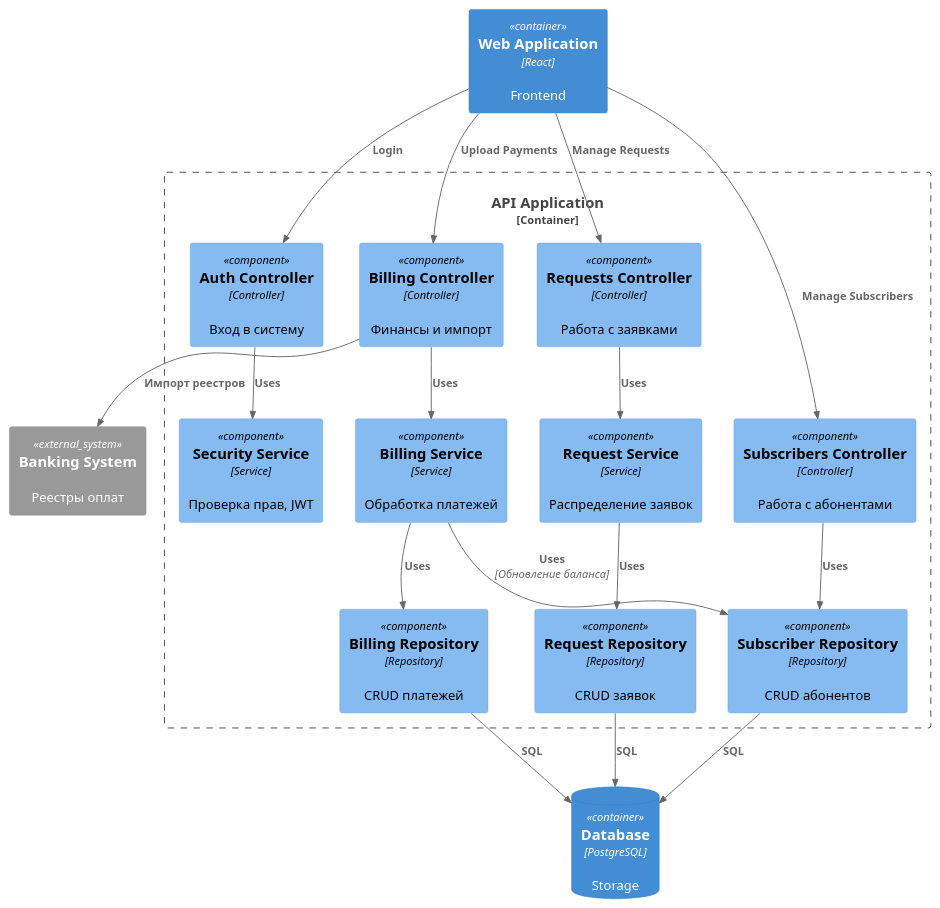
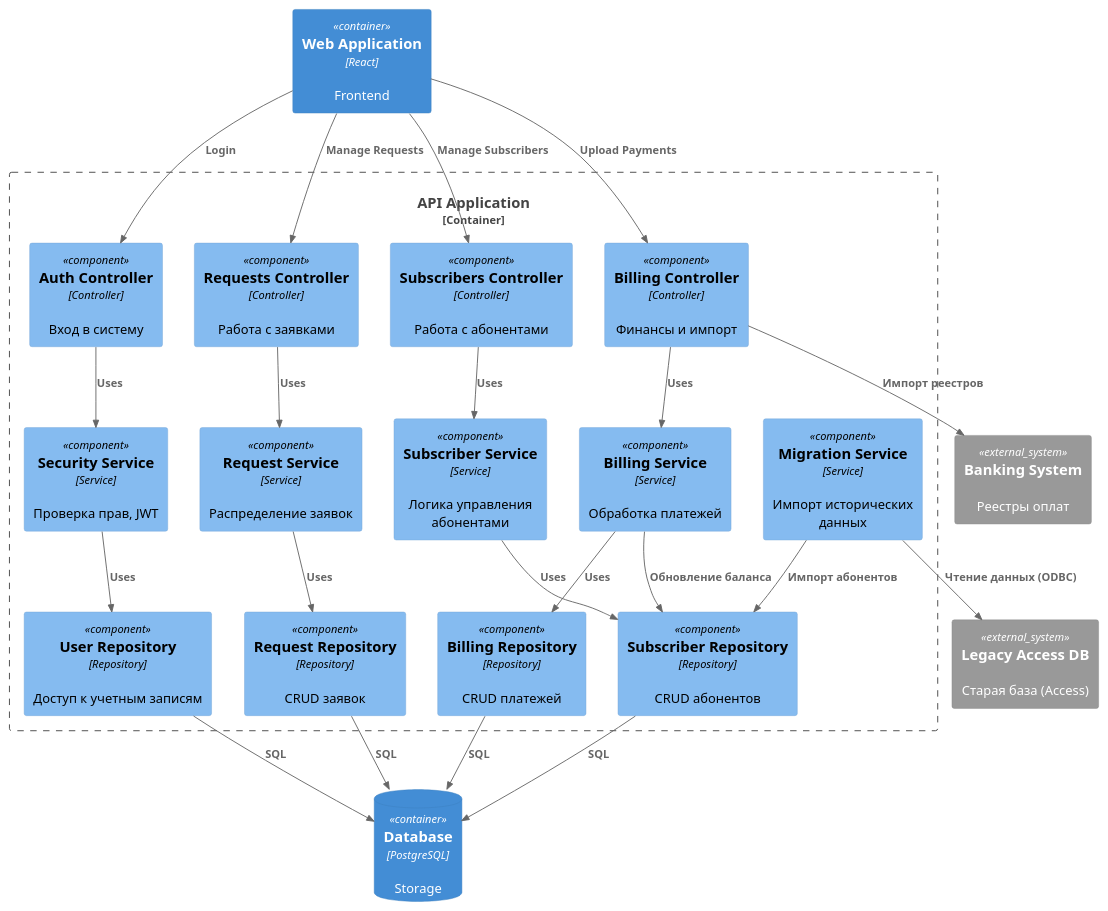
Before and after one commit to smthgd/PAPS: the third of 3 diagrams in LabWork2/LabWork2.md, drawn with PlantUML. The commit also changed 1 other file, not shown here.

Commit message:
исправлена диаграмма компонентов

````diff
--- a/LabWork2/LabWork2.md
+++ b/LabWork2/LabWork2.md
@@ -115,44 +115,69 @@
 ```plantuml
 @startuml
 !include https://raw.githubusercontent.com/plantuml-stdlib/C4-PlantUML/master/C4_Component.puml
 
 Container(web, "Web Application", "React", "Frontend")
 ContainerDb(db, "Database", "PostgreSQL", "Storage")
+
+' Внешние системы
 System_Ext(bank, "Banking System", "Реестры оплат")
+System_Ext(legacy, "Legacy Access DB", "Старая база (Access)")
 
 Container_Boundary(api, "API Application") {
+    ' Контроллеры
     Component(auth_ctrl, "Auth Controller", "Controller", "Вход в систему")
     Component(req_ctrl, "Requests Controller", "Controller", "Работа с заявками")
     Component(sub_ctrl, "Subscribers Controller", "Controller", "Работа с абонентами")
     Component(bill_ctrl, "Billing Controller", "Controller", "Финансы и импорт")
 
+    ' Сервисы
     Component(sec_serv, "Security Service", "Service", "Проверка прав, JWT")
     Component(req_serv, "Request Service", "Service", "Распределение заявок")
     Component(bill_serv, "Billing Service", "Service", "Обработка платежей")
+    Component(sub_serv, "Subscriber Service", "Service", "Логика управления абонентами")
+    Component(mig_serv, "Migration Service", "Service", "Импорт исторических данных")
 
+    ' Репозитории
+    Component(repo_user, "User Repository", "Repository", "Доступ к учетным записям")
     Component(repo_req, "Request Repository", "Repository", "CRUD заявок")
     Component(repo_sub, "Subscriber Repository", "Repository", "CRUD абонентов")
     Component(repo_bill, "Billing Repository", "Repository", "CRUD платежей")
 
+    ' --- СВЯЗИ ---
+
+    ' Web -> Контроллеры
     Rel(web, auth_ctrl, "Login")
     Rel(web, req_ctrl, "Manage Requests")
     Rel(web, sub_ctrl, "Manage Subscribers")
     Rel(web, bill_ctrl, "Upload Payments")
     
+    ' Контроллеры -> Сервисы
     Rel(auth_ctrl, sec_serv, "Uses")
     Rel(req_ctrl, req_serv, "Uses")
     Rel(bill_ctrl, bill_serv, "Uses")
-    Rel(sub_ctrl, repo_sub, "Uses")
+    Rel(sub_ctrl, sub_serv, "Uses")
+    
+    ' Взаимодействие с Внешними Системами
+    Rel(bill_ctrl, bank, "Импорт реестров") 
+    Rel(mig_serv, legacy, "Чтение данных (ODBC)")
 
-    Rel(bill_ctrl, bank, "Импорт реестров") 
-
+    ' Сервисы -> Репозитории
+    Rel(sec_serv, repo_user, "Uses")
     Rel(req_serv, repo_req, "Uses")
     Rel(bill_serv, repo_bill, "Uses")
-    Rel(bill_serv, repo_sub, "Uses", "Обновление баланса")
+    Rel(sub_serv, repo_sub, "Uses")
+    
+    ' Сервис миграции сохраняет данные через репозитории
+    Rel(mig_serv, repo_sub, "Импорт абонентов")
+
+    ' Межсервисное взаимодействие
+    Rel(bill_serv, repo_sub, "Обновление баланса")
 }
 
+' Репозитории -> БД
+Rel(repo_user, db, "SQL")
 Rel(repo_req, db, "SQL")
 Rel(repo_sub, db, "SQL")
 Rel(repo_bill, db, "SQL")
 @enduml
 ```
````
